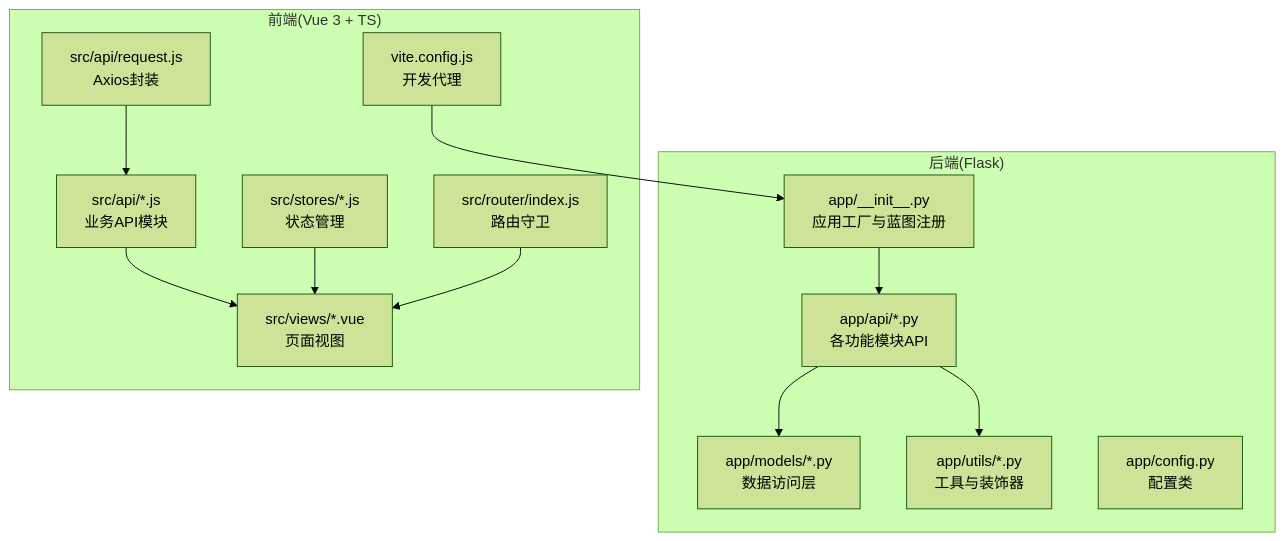
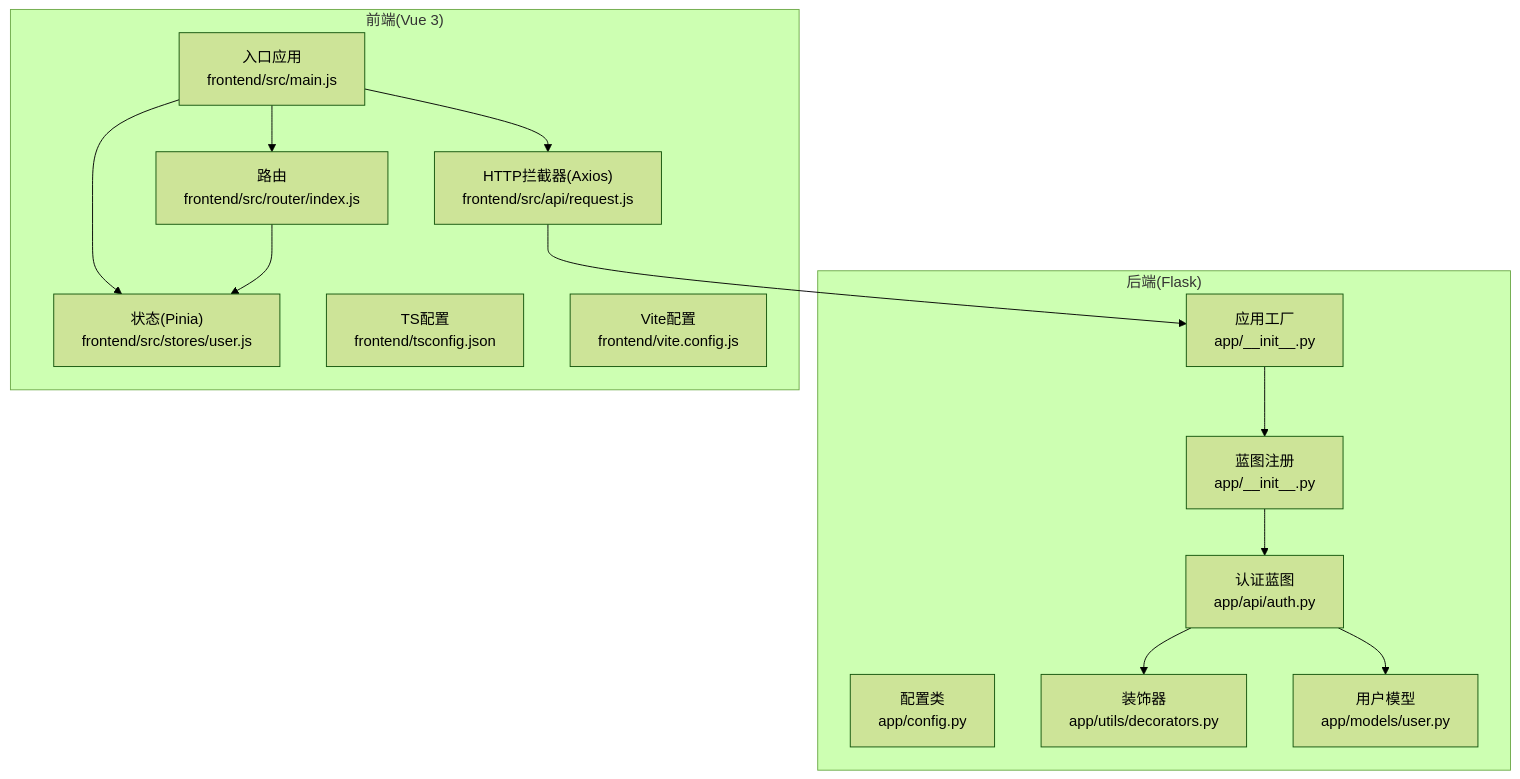
One commit to ismine3/OPS changed the first of 4 diagrams in .qoder/repowiki/zh/content/开发指南/代码规范.md. Above: the diagram before and after it, drawn with Mermaid (forest theme). The commit also changed other lines of this file and 109 other files, not shown here.

````diff
--- a/.qoder/repowiki/zh/content/开发指南/代码规范.md
+++ b/.qoder/repowiki/zh/content/开发指南/代码规范.md
@@ -48,26 +39,28 @@
 ```mermaid
 graph TB
 subgraph "后端(Flask)"
-A["app/__init__.py<br/>应用工厂与蓝图注册"]
-B["app/api/*.py<br/>各功能模块API"]
-C["app/models/*.py<br/>数据访问层"]
-D["app/utils/*.py<br/>工具与装饰器"]
-E["app/config.py<br/>配置类"]
+A["应用工厂<br/>app/__init__.py"]
+B["配置类<br/>app/config.py"]
+C["蓝图注册<br/>app/__init__.py"]
+D["认证蓝图<br/>app/api/auth.py"]
+E["装饰器<br/>app/utils/decorators.py"]
+F["用户模型<br/>app/models/user.py"]
 end
-subgraph "前端(Vue 3 + TS)"
-F["src/api/request.js<br/>Axios封装"]
-G["src/api/*.js<br/>业务API模块"]
-H["src/views/*.vue<br/>页面视图"]
-I["src/stores/*.js<br/>状态管理"]
-J["src/router/index.js<br/>路由守卫"]
-K["vite.config.js<br/>开发代理"]
+subgraph "前端(Vue 3)"
+G["入口应用<br/>frontend/src/main.js"]
+H["路由<br/>frontend/src/router/index.js"]
+I["状态(Pinia)<br/>frontend/src/stores/user.js"]
+J["HTTP拦截器(Axios)<br/>frontend/src/api/request.js"]
+K["TS配置<br/>frontend/tsconfig.json"]
+L["Vite配置<br/>frontend/vite.config.js"]
 end
-A --> B
-B --> C
-B --> D
-F --> G
+A --> C
+C --> D
+D --> E
+D --> F
 G --> H
-I --> H
-J --> H
-K --> A
+G --> I
+G --> J
+H --> I
+J --> A
 ```
````
